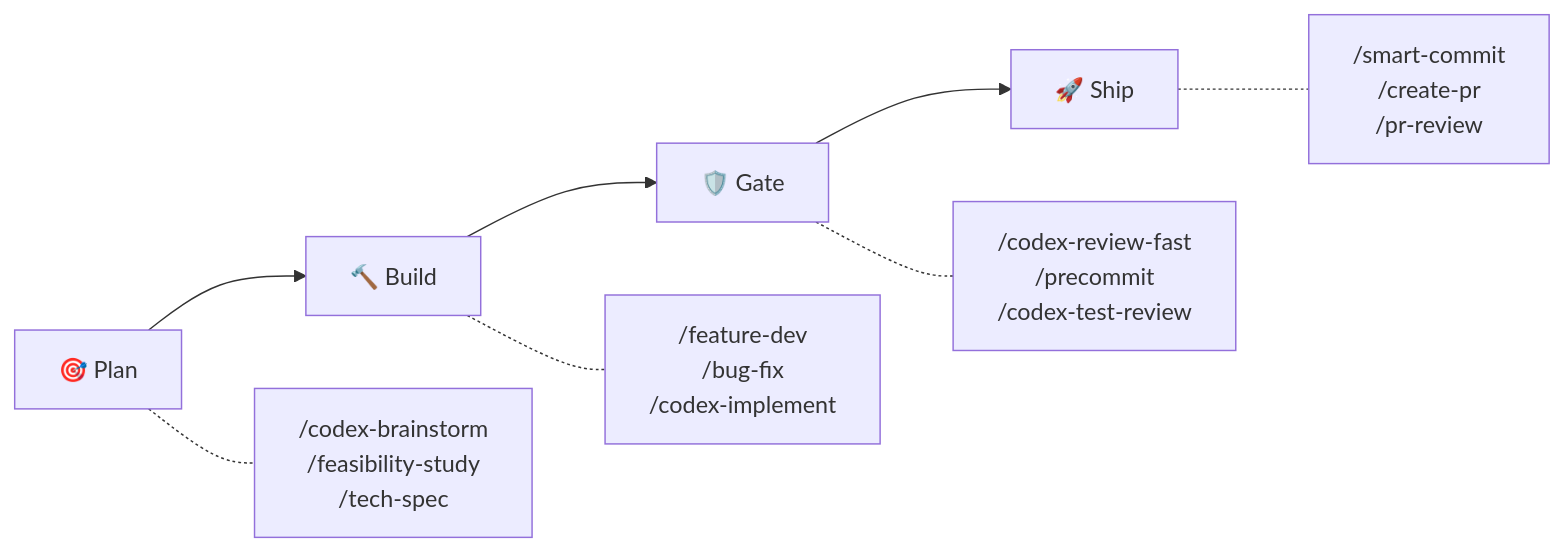
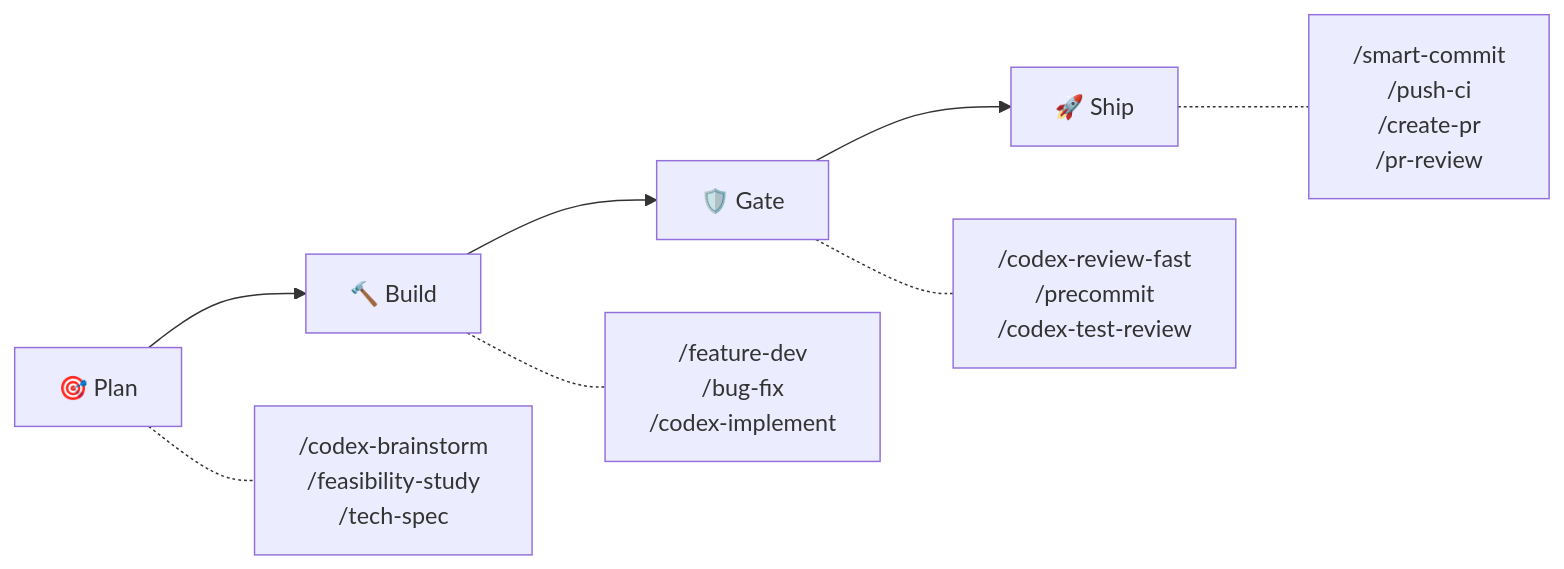
One commit to jupiter-Pulin/Uranus-dev-flow changed the first of 3 diagrams in README.es.md. Above: the diagram before and after it, drawn with Mermaid. The commit also changed other lines of this file and 12 other files, not shown here.

Commit message:
feat: Adds push-ci skill and smart-commit --execute mode

````diff
--- a/README.es.md
+++ b/README.es.md
@@ -13,11 +13,11 @@
 ```mermaid
 flowchart LR
     P["🎯 Plan"] --> B["🔨 Build"]
     B --> G["🛡️ Gate"]
     G --> S["🚀 Ship"]
 
     P -.- P1["/codex-brainstorm<br/>/feasibility-study<br/>/tech-spec"]
     B -.- B1["/feature-dev<br/>/bug-fix<br/>/codex-implement"]
     G -.- G1["/codex-review-fast<br/>/precommit<br/>/codex-test-review"]
-    S -.- S1["/smart-commit<br/>/create-pr<br/>/pr-review"]
+    S -.- S1["/smart-commit<br/>/push-ci<br/>/create-pr<br/>/pr-review"]
 ```
````
